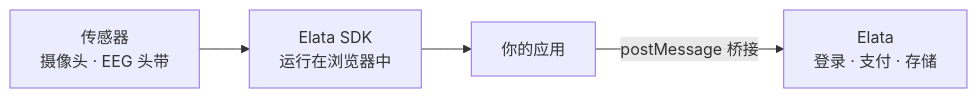
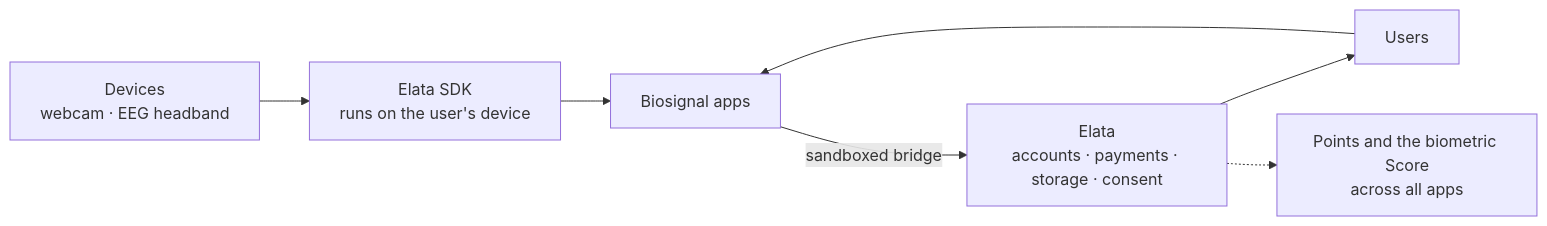
Before and after one commit to Elata-Biosciences/docs: the diagram in cn/overview/ecosystem-map.mdx, drawn with Mermaid. The commit also changed other lines of this file and 219 other files, not shown here.

````diff
--- a/cn/overview/ecosystem-map.mdx
+++ b/cn/overview/ecosystem-map.mdx
@@ -12,6 +10,9 @@
 ```mermaid
 graph LR
-    A[传感器<br/>摄像头 · EEG 头带] --> B[Elata SDK<br/>运行在浏览器中]
-    B --> C[你的应用]
-    C -->|postMessage 桥接| D[Elata<br/>登录 · 支付 · 存储]
+    D[Devices<br/>webcam · EEG headband] --> S[Elata SDK<br/>runs on the user's device]
+    S --> A[Biosignal apps]
+    A -->|sandboxed bridge| E[Elata<br/>accounts · payments · storage · consent]
+    E --> U[Users]
+    U --> A
+    E -.-> P[Points and the biometric Score<br/>across all apps]
 ```
````
